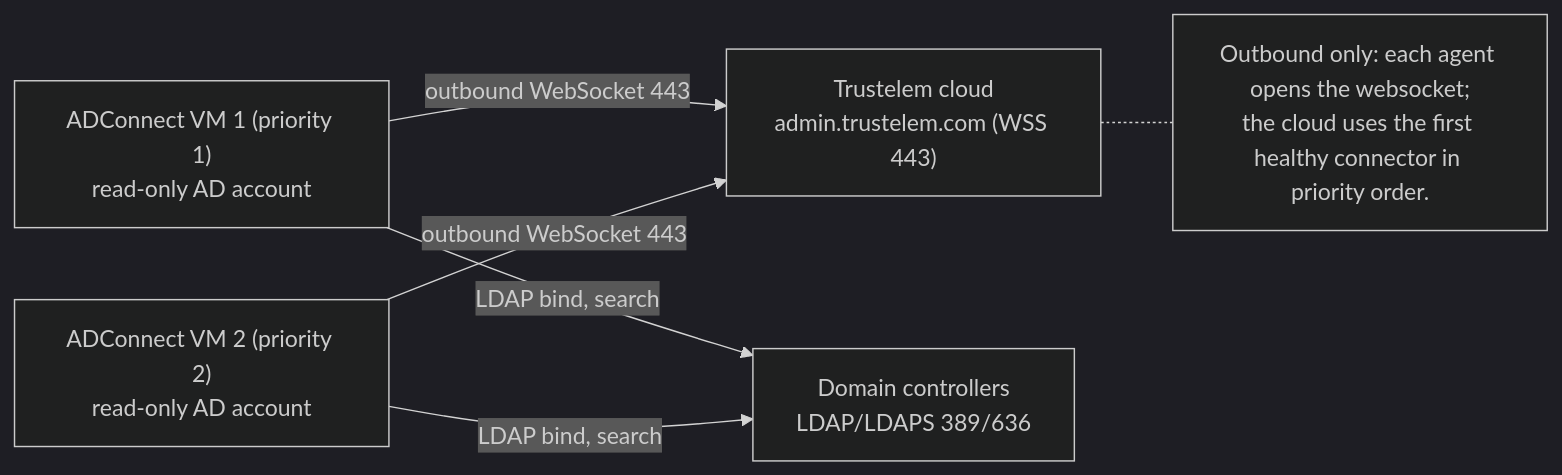
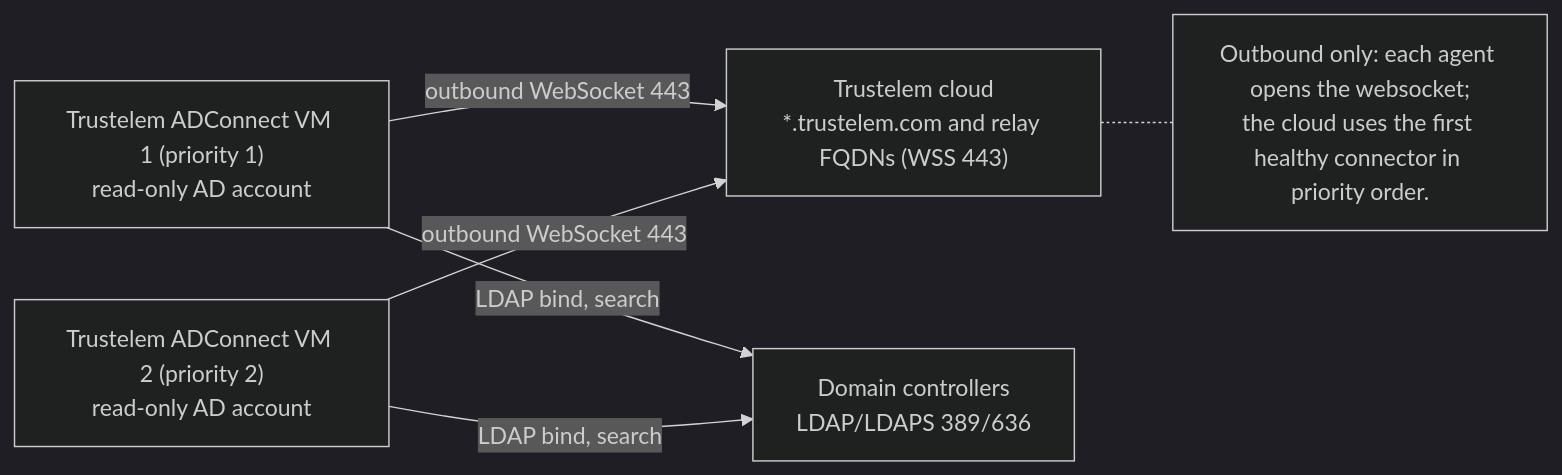
One commit to morandeirachema/Trustelem- changed the diagram in tools/diagrams/09-adconnect-flow.mmd. Above: the diagram before and after it, drawn with Mermaid (dark theme). The commit also changed 19 other files, not shown here.

Commit message:
Audit pass 2: diagrams synced with text, AM RADIUS listener 2812, Authentication domain name rule, gap B7

```diff
--- a/tools/diagrams/09-adconnect-flow.mmd
+++ b/tools/diagrams/09-adconnect-flow.mmd
@@ -1,11 +1,11 @@
 flowchart LR
-    CLOUD["Trustelem cloud<br/>admin.trustelem.com (WSS 443)"]
-    A1["ADConnect VM 1 (priority 1)<br/>read-only AD account"]
-    A2["ADConnect VM 2 (priority 2)<br/>read-only AD account"]
+    CLOUD["Trustelem cloud<br/>*.trustelem.com and relay FQDNs (WSS 443)"]
+    A1["Trustelem ADConnect VM 1 (priority 1)<br/>read-only AD account"]
+    A2["Trustelem ADConnect VM 2 (priority 2)<br/>read-only AD account"]
     DC["Domain controllers<br/>LDAP/LDAPS 389/636"]
     A1 -->|outbound WebSocket 443| CLOUD
     A2 -->|outbound WebSocket 443| CLOUD
     A1 -->|LDAP bind, search| DC
     A2 -->|LDAP bind, search| DC
     NOTE["Outbound only: each agent opens the websocket;<br/>the cloud uses the first healthy connector in priority order."]
     CLOUD -.- NOTE
```
